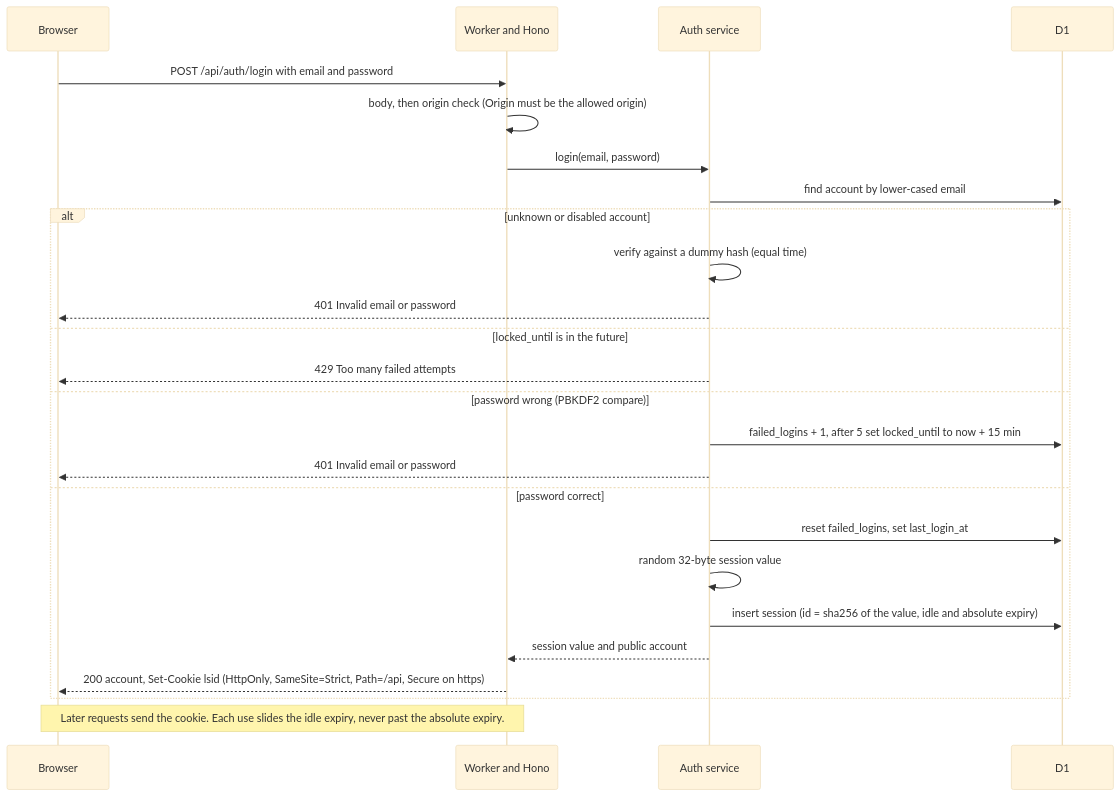
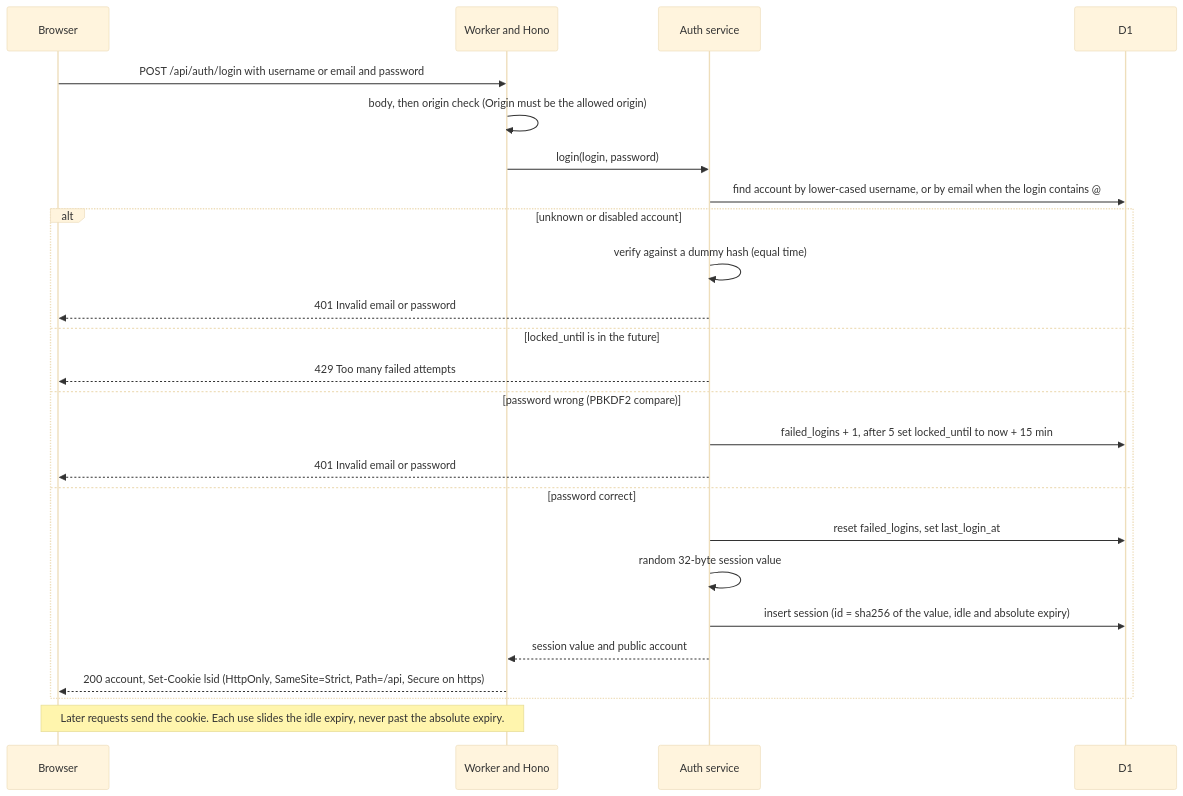
The third of 9 diagrams in docs/ARCHITECTURE.md (sadiqmalik/ledgerly), drawn with Mermaid (base theme) before and after one commit. The commit also changed other lines of this file and 46 other files, not shown here.

````diff
--- a/docs/ARCHITECTURE.md
+++ b/docs/ARCHITECTURE.md
@@ -489,28 +490,28 @@
 ```mermaid
 sequenceDiagram
   participant B as Browser
   participant W as Worker and Hono
   participant A as Auth service
   participant D as D1
 
-  B->>W: POST /api/auth/login with email and password
+  B->>W: POST /api/auth/login with username or email and password
   W->>W: body, then origin check (Origin must be the allowed origin)
-  W->>A: login(email, password)
-  A->>D: find account by lower-cased email
+  W->>A: login(login, password)
+  A->>D: find account by lower-cased username, or by email when the login contains @
   alt unknown or disabled account
     A->>A: verify against a dummy hash (equal time)
     A-->>B: 401 Invalid email or password
   else locked_until is in the future
     A-->>B: 429 Too many failed attempts
   else password wrong (PBKDF2 compare)
     A->>D: failed_logins + 1, after 5 set locked_until to now + 15 min
     A-->>B: 401 Invalid email or password
   else password correct
     A->>D: reset failed_logins, set last_login_at
     A->>A: random 32-byte session value
     A->>D: insert session (id = sha256 of the value, idle and absolute expiry)
     A-->>W: session value and public account
     W-->>B: 200 account, Set-Cookie lsid (HttpOnly, SameSite=Strict, Path=/api, Secure on https)
   end
   Note over B,W: Later requests send the cookie. Each use slides the idle expiry, never past the absolute expiry.
 ```
````
